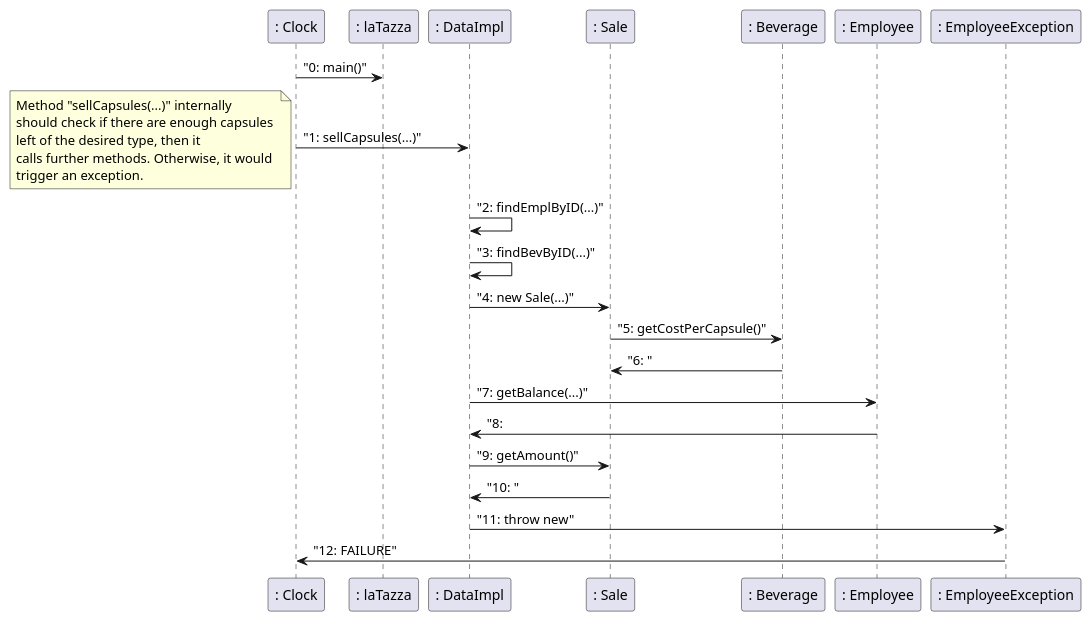
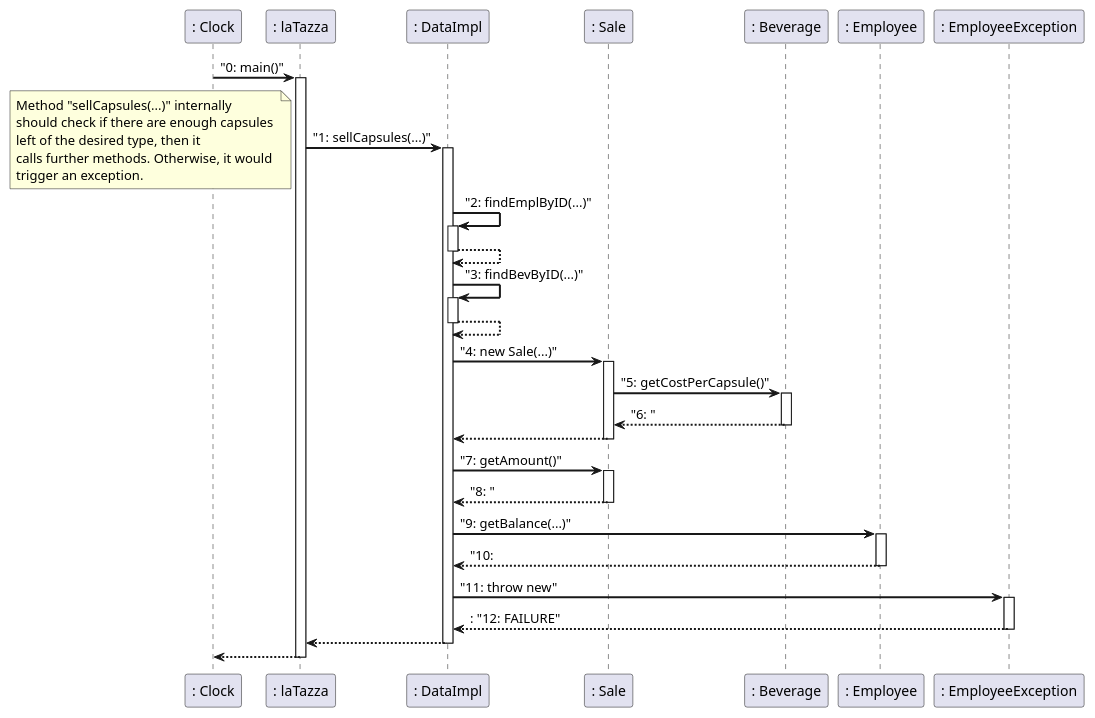
The sixth of 6 diagrams in templates/DesignDocumentTemplate.md (DarkSee/LaTazza), drawn with PlantUML before and after one commit. The commit also changed other lines of this file, not shown here.

Commit message:
Update Sequence Diagram

````diff
--- a/templates/DesignDocumentTemplate.md
+++ b/templates/DesignDocumentTemplate.md
@@ -284,27 +294,36 @@
 ```plantuml
-@startuml
+
+skinparam sequenceArrowThickness 2
+autoactivate on
+
 ": Clock" -> ": laTazza": "0: main()"
-": Clock" -> ": DataImpl": "1: sellCapsules(...)"
+": laTazza" -> ": DataImpl": "1: sellCapsules(...)"
 note left
         Method "sellCapsules(...)" internally
         should check if there are enough capsules 
         left of the desired type, then it 
         calls further methods. Otherwise, it would
         trigger an exception.
 end note
 ": DataImpl" -> ": DataImpl": "2: findEmplByID(...)"
+return
 ": DataImpl" -> ": DataImpl": "3: findBevByID(...)"
+return
 ": DataImpl" -> ": Sale": "4: new Sale(...)"
 ": Sale" -> ": Beverage": "5: getCostPerCapsule()"
-": Sale" <-": Beverage": "6: "
+": Sale" <--": Beverage": "6: "
+return
+": DataImpl" -> ": Sale": "7: getAmount()"
+": DataImpl" <-- ": Sale": "8: " 
+": DataImpl" -> ": Employee": "9: getBalance(...)"
+": DataImpl" <-- ": Employee": "10: 
 
-": DataImpl" -> ": Employee": "7: getBalance(...)"
-": DataImpl" <- ": Employee": "8: 
-": DataImpl" -> ": Sale": "9: getAmount()"
-": DataImpl" <- ": Sale": "10: " 
+
 ": DataImpl" -> ": EmployeeException": "11: throw new"
 
-": Clock" <- ": EmployeeException": "12: FAILURE"
+return : "12: FAILURE"
+return
+return
 @enduml
 
 ```
````
